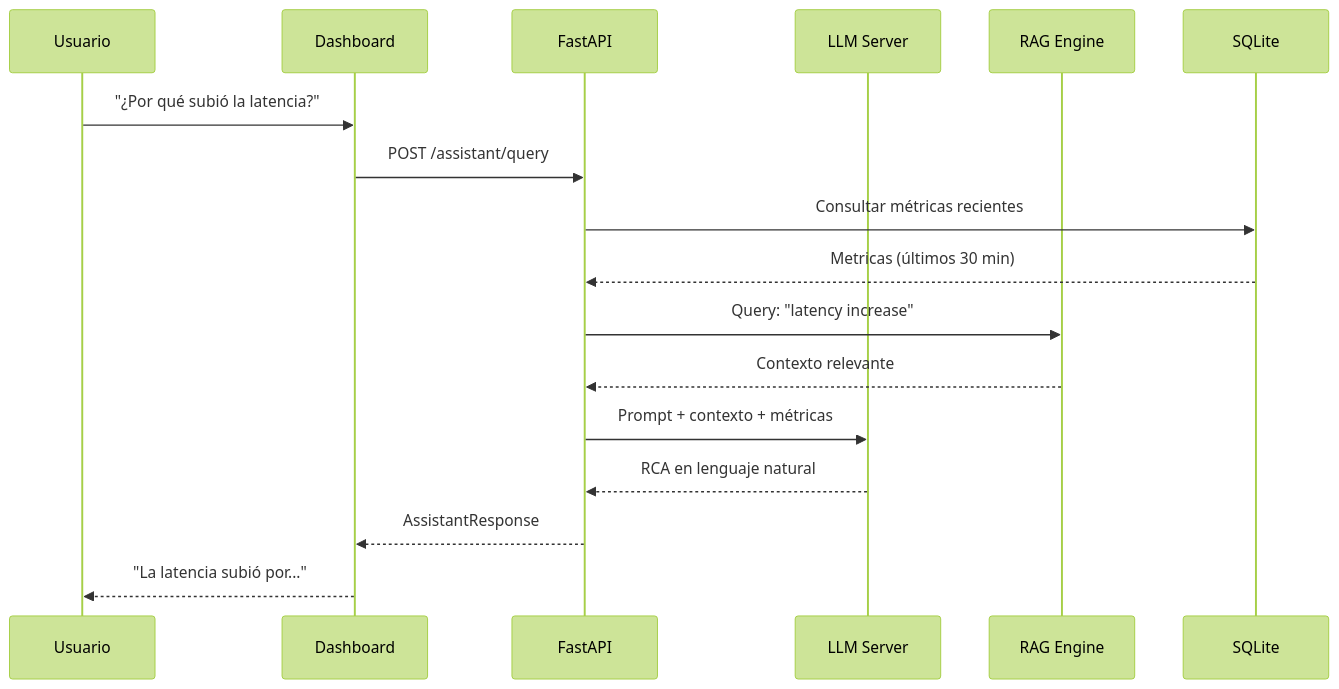
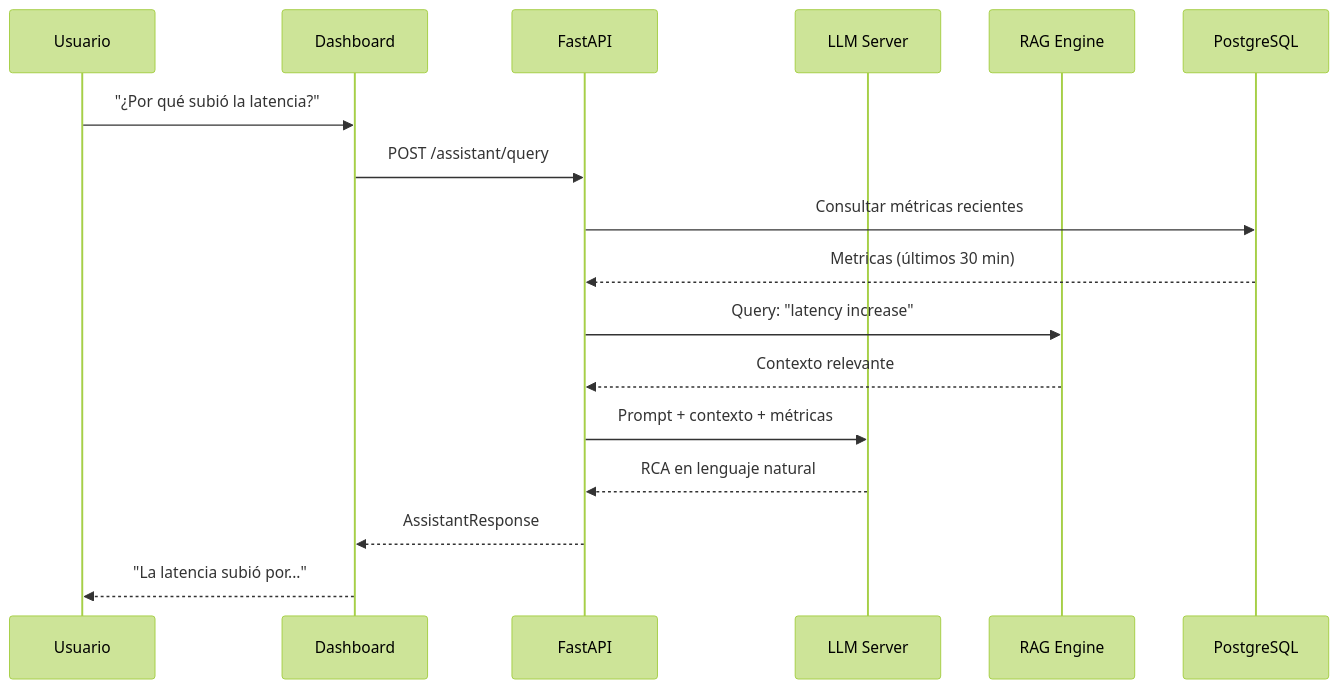
The second of 2 diagrams in openspec/specs/architecture/components.md (infraitgidas/intellops), drawn with Mermaid (forest theme) before and after one commit. The commit also changed other lines of this file and 2 other files, not shown here.

First line of the commit message:
fix(openspec): completa el barrido de SQLite a PostgreSQL (D9)

````diff
--- a/openspec/specs/architecture/components.md
+++ b/openspec/specs/architecture/components.md
@@ -152,20 +152,20 @@
 ```mermaid
 sequenceDiagram
     participant User as Usuario
     participant Dash as Dashboard
     participant API as FastAPI
     participant LLM as LLM Server
     participant RAG as RAG Engine
-    participant DB as SQLite
+    participant DB as PostgreSQL
 
     User->>Dash: "¿Por qué subió la latencia?"
     Dash->>API: POST /assistant/query
     API->>DB: Consultar métricas recientes
     DB-->>API: Metricas (últimos 30 min)
     API->>RAG: Query: "latency increase"
     RAG-->>API: Contexto relevante
     API->>LLM: Prompt + contexto + métricas
     LLM-->>API: RCA en lenguaje natural
     API-->>Dash: AssistantResponse
     Dash-->>User: "La latencia subió por..."
 ```
````
